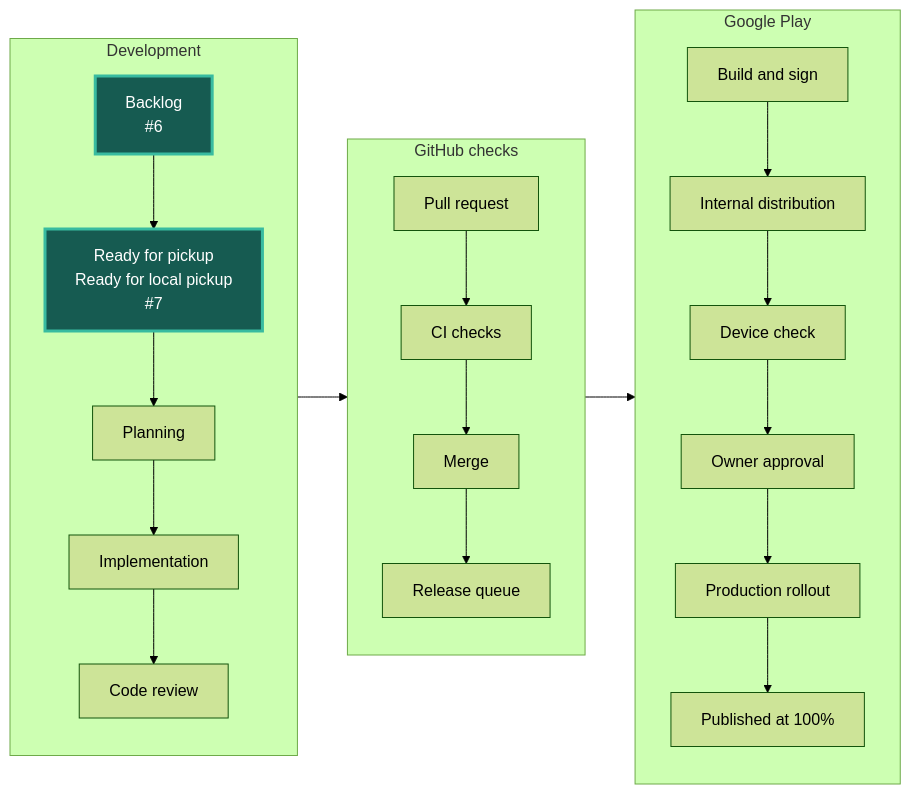
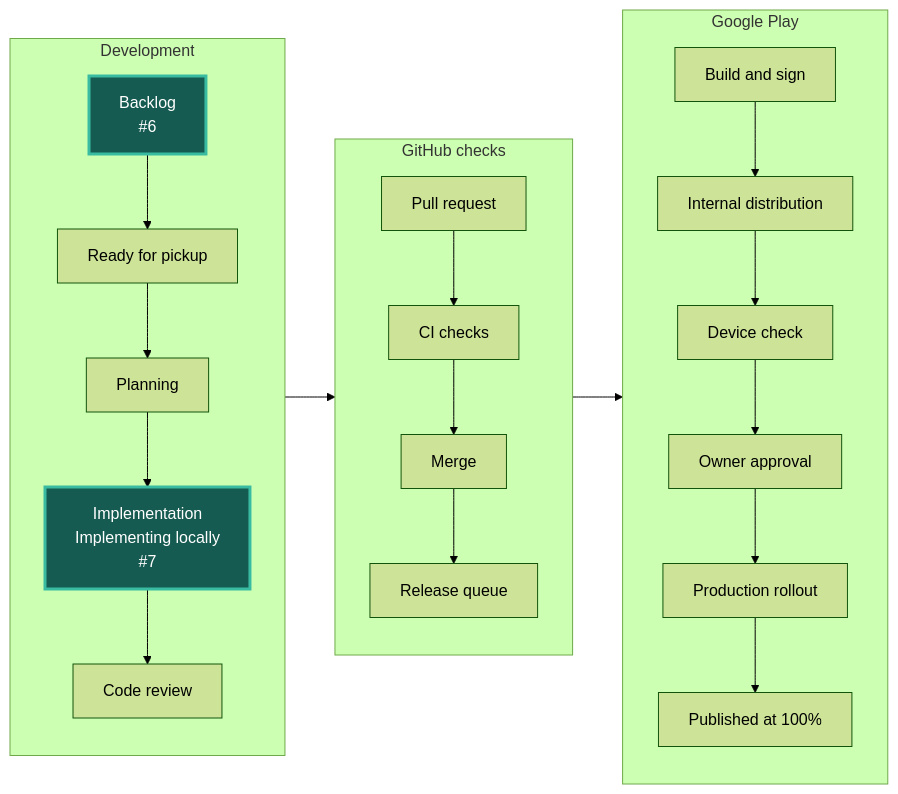
Before and after one commit to Oziomajnr/ChessTournamentManager: the diagram in STATUS.md, drawn with Mermaid (forest theme). The commit also changed other lines of this file and 1 other file, not shown here.

Commit message:
Refresh issue delivery graph

````diff
--- a/STATUS.md
+++ b/STATUS.md
@@ -5,34 +5,34 @@
 ```mermaid
 flowchart LR
     accTitle: Current issue positions in the delivery workflow
     accDescr: Development flows into GitHub checks and Google Play. Each issue number appears at its current step.
     subgraph development["Development"]
         direction TB
         backlog["Backlog<br/>#6"]:::occupied
-        ready["Ready for pickup<br/>Ready for local pickup<br/>#7"]:::occupied
+        ready["Ready for pickup"]
         plan["Planning"]
-        code["Implementation"]
+        code["Implementation<br/>Implementing locally<br/>#7"]:::occupied
         review["Code review"]
         backlog --> ready --> plan --> code --> review
     end
     subgraph integration["GitHub checks"]
         direction TB
         pull["Pull request"]
         ci["CI checks"]
         merge["Merge"]
         queue["Release queue"]
         pull --> ci --> merge --> queue
     end
     subgraph distribution["Google Play"]
         direction TB
         build["Build and sign"]
         internal["Internal distribution"]
         device["Device check"]
         approval["Owner approval"]
         rollout["Production rollout"]
         published["Published at 100%"]
         build --> internal --> device --> approval --> rollout --> published
     end
     development --> integration --> distribution
     classDef occupied fill:#165b51,color:#ffffff,stroke:#38bba0,stroke-width:3px
 ```
````
